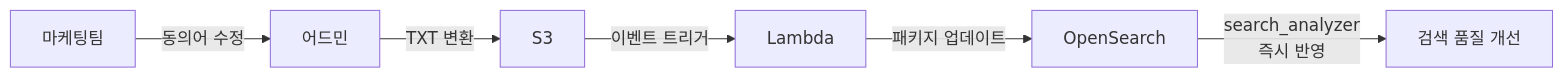
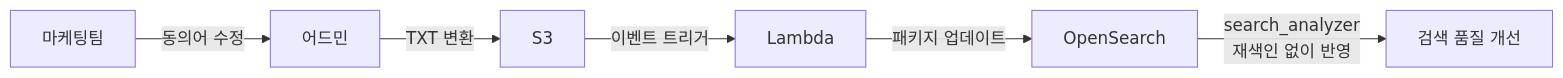
One commit to banggeunho/banggeunho changed the third of 3 diagrams in portfolio/projects/opensearch-search-engine/index.md. Above: the diagram before and after it, drawn with Mermaid. The commit also changed other lines of this file and 2 other files, not shown here.

Commit message:
feat: optimize search index design and improve performance metrics

````diff
--- a/portfolio/projects/opensearch-search-engine/index.md
+++ b/portfolio/projects/opensearch-search-engine/index.md
@@ -334,8 +453,8 @@
 ```mermaid
 graph LR
     A[마케팅팀] -->|동의어 수정| B[어드민]
     B -->|TXT 변환| C[S3]
     C -->|이벤트 트리거| D[Lambda]
     D -->|패키지 업데이트| E[OpenSearch]
-    E -->|search_analyzer<br/>즉시 반영| F[검색 품질 개선]
+    E -->|search_analyzer<br/>재색인 없이 반영| F[검색 품질 개선]
 ```
````
